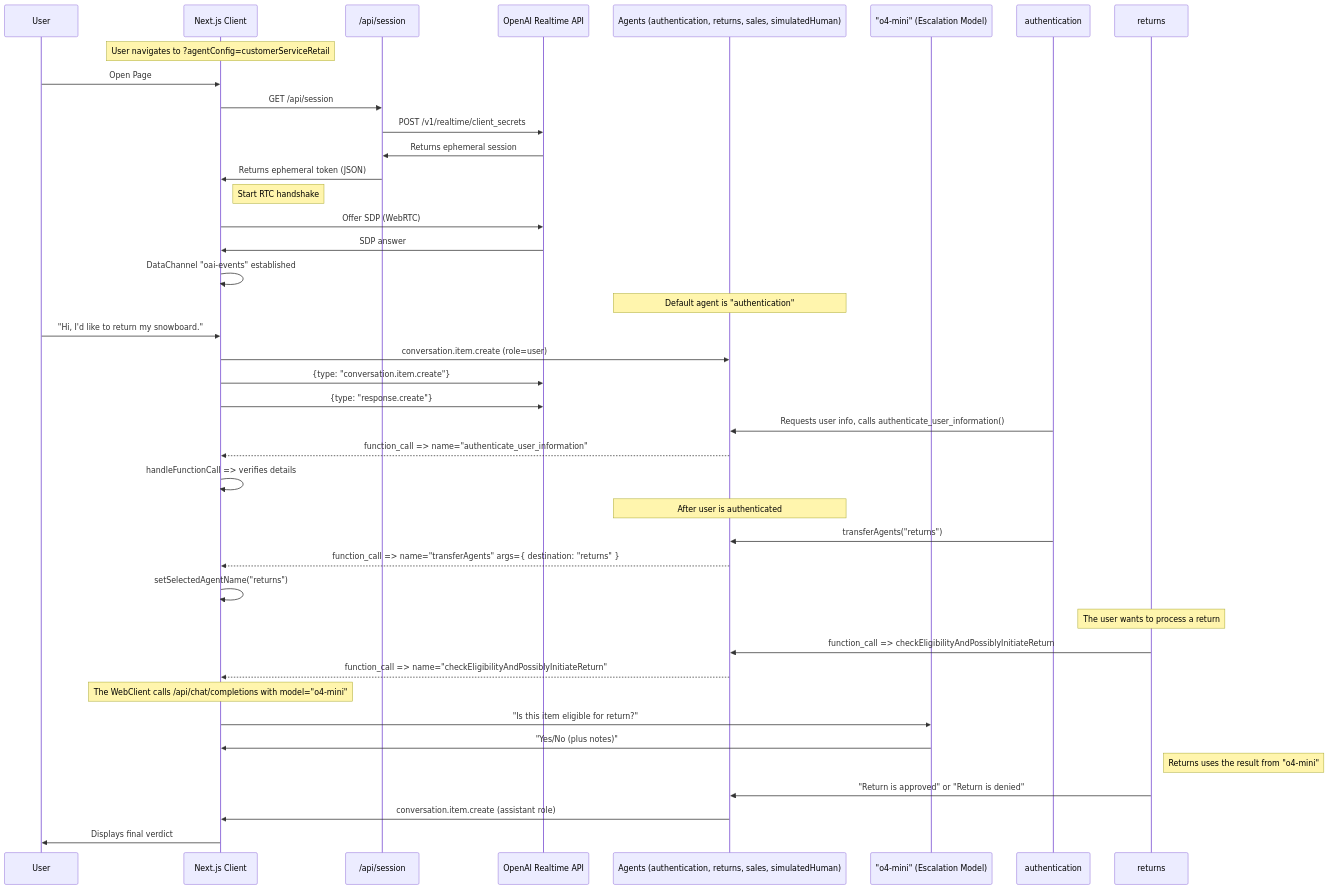
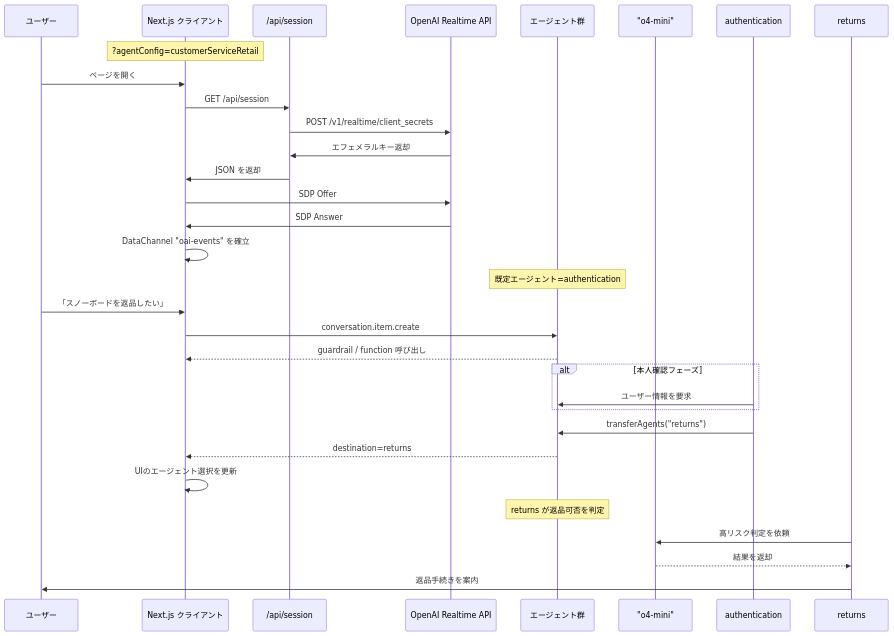
The second of 2 diagrams in README.md (MizukiMachine/MCPCoordinator), drawn with Mermaid before and after one commit. The commit also changed other lines of this file and 11 other files, not shown here.

````diff
--- a/README.md
+++ b/README.md
@@ -163,49 +89,38 @@
 ```mermaid
 sequenceDiagram
-    participant User
-    participant WebClient as Next.js Client
+    participant User as ユーザー
+    participant WebClient as Next.js クライアント
     participant NextAPI as /api/session
     participant RealtimeAPI as OpenAI Realtime API
-    participant AgentManager as Agents (authentication, returns, sales, simulatedHuman)
-    participant o1mini as "o4-mini" (Escalation Model)
+    participant AgentManager as エージェント群
+    participant Escalation as "o4-mini"
 
-    Note over WebClient: User navigates to ?agentConfig=customerServiceRetail
-    User->>WebClient: Open Page
+    Note over WebClient: ?agentConfig=customerServiceRetail
+    User->>WebClient: ページを開く
     WebClient->>NextAPI: GET /api/session
     NextAPI->>RealtimeAPI: POST /v1/realtime/client_secrets
-    RealtimeAPI->>NextAPI: Returns ephemeral session
-    NextAPI->>WebClient: Returns ephemeral token (JSON)
+    RealtimeAPI->>NextAPI: エフェメラルキー返却
+    NextAPI->>WebClient: JSON を返却
 
-    Note right of WebClient: Start RTC handshake
-    WebClient->>RealtimeAPI: Offer SDP (WebRTC)
-    RealtimeAPI->>WebClient: SDP answer
-    WebClient->>WebClient: DataChannel "oai-events" established
+    WebClient->>RealtimeAPI: SDP Offer
+    RealtimeAPI->>WebClient: SDP Answer
+    WebClient->>WebClient: DataChannel "oai-events" を確立
 
-    Note over AgentManager: Default agent is "authentication"
-    User->>WebClient: "Hi, I'd like to return my snowboard."
-    WebClient->>AgentManager: conversation.item.create (role=user)
-    WebClient->>RealtimeAPI: {type: "conversation.item.create"}
-    WebClient->>RealtimeAPI: {type: "response.create"}
+    Note over AgentManager: 既定エージェント=authentication
+    User->>WebClient: 「スノーボードを返品したい」
+    WebClient->>AgentManager: conversation.item.create
+    AgentManager-->>WebClient: guardrail / function 呼び出し
 
-    authentication->>AgentManager: Requests user info, calls authenticate_user_information()
-    AgentManager-->>WebClient: function_call => name="authenticate_user_information"
-    WebClient->>WebClient: handleFunctionCall => verifies details
+    alt 本人確認フェーズ
+        authentication->>AgentManager: ユーザー情報を要求
+    end
 
-    Note over AgentManager: After user is authenticated
     authentication->>AgentManager: transferAgents("returns")
-    AgentManager-->>WebClient: function_call => name="transferAgents" args={ destination: "returns" }
-    WebClient->>WebClient: setSelectedAgentName("returns")
+    AgentManager-->>WebClient: destination=returns
+    WebClient->>WebClient: UIのエージェント選択を更新
 
-    Note over returns: The user wants to process a return
-    returns->>AgentManager: function_call => checkEligibilityAndPossiblyInitiateReturn
-    AgentManager-->>WebClient: function_call => name="checkEligibilityAndPossiblyInitiateReturn"
-
-    Note over WebClient: The WebClient calls /api/chat/completions with model="o4-mini"
-    WebClient->>o1mini: "Is this item eligible for return?"
-    o1mini->>WebClient: "Yes/No (plus notes)"
-
-    Note right of returns: Returns uses the result from "o4-mini"
-    returns->>AgentManager: "Return is approved" or "Return is denied"
-    AgentManager->>WebClient: conversation.item.create (assistant role)
-    WebClient->>User: Displays final verdict
+    Note over AgentManager: returns が返品可否を判定
+    returns->>Escalation: 高リスク判定を依頼
+    Escalation-->>returns: 結果を返却
+    returns->>User: 返品手続きを案内
 ```
````
